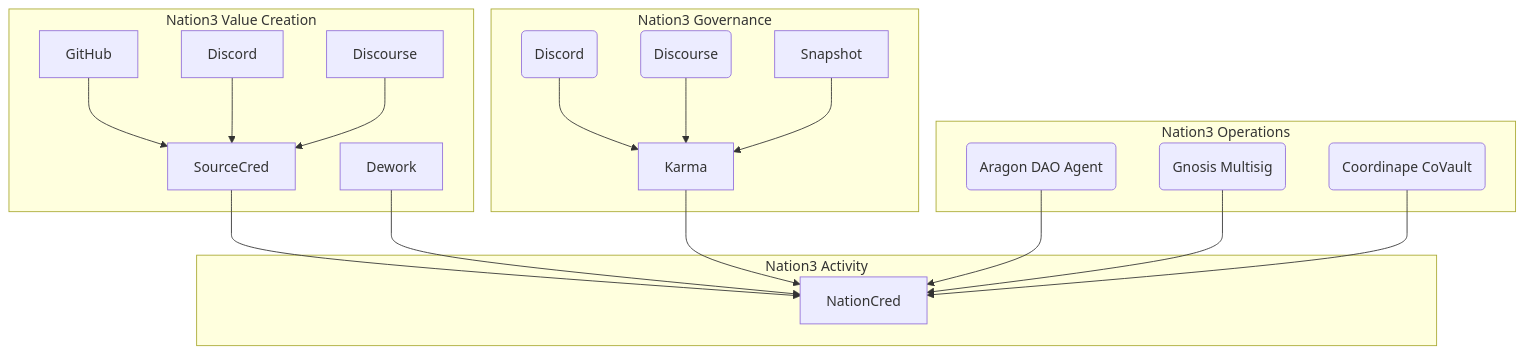
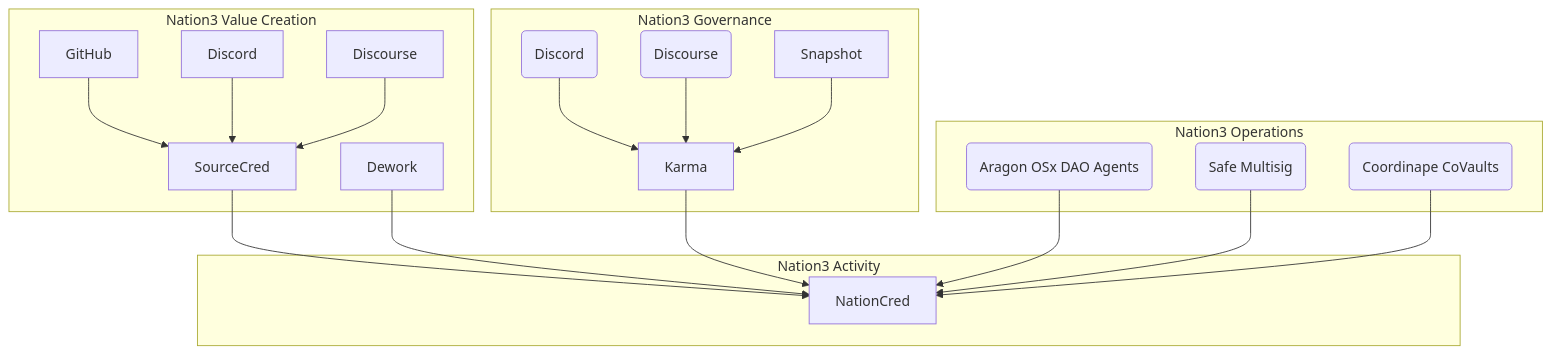
The first of 2 diagrams in README.md (nation3/nationcred-datasets), drawn with Mermaid before and after one commit. The commit also changed other lines of this file and 582 other files, not shown here.

First line of the commit message:
feat: add coordinape as data source (#114)

````diff
--- a/README.md
+++ b/README.md
@@ -9,31 +9,31 @@
 ```mermaid
 graph TD
     subgraph Nation3 Value Creation
-    GitHub-->SourceCred
-    Discord-->SourceCred
-    Discourse-->SourceCred
-    Dework
+        GitHub-->SourceCred
+        Discord-->SourceCred
+        Discourse-->SourceCred
+        Dework
     end
     SourceCred-->NationCred
     Dework-->NationCred
     
     subgraph Nation3 Governance
-    Discord_Karma(Discord)-->Karma
-    Discourse_Karma(Discourse)-->Karma
-    Snapshot-->Karma
+        Discord_Karma(Discord)-->Karma
+        Discourse_Karma(Discourse)-->Karma
+        Snapshot-->Karma
     end
     Karma-->NationCred
     
     subgraph Nation3 Operations
-    Aragon(Aragon DAO Agent)
-    Gnosis(Gnosis Multisig)
-    Coordinape(Coordinape CoVault)
+        Aragon(Aragon OSx DAO Agents)
+        Safe(Safe Multisig)
+        Coordinape(Coordinape CoVaults)
     end
     Aragon-->NationCred
-    Gnosis-->NationCred
+    Safe-->NationCred
     Coordinape-->NationCred
     
     subgraph Nation3 Activity
-    NationCred
+        NationCred
     end
 ```
````
